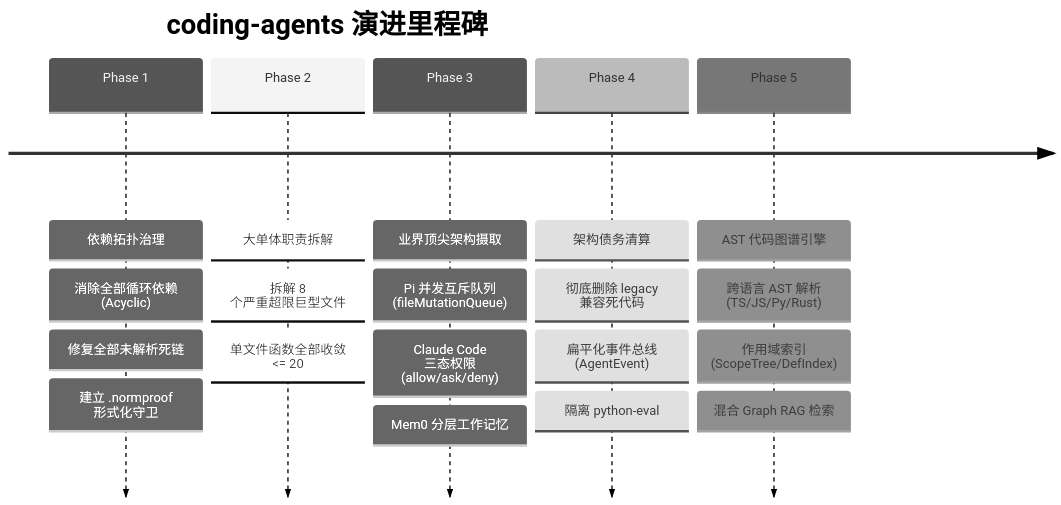
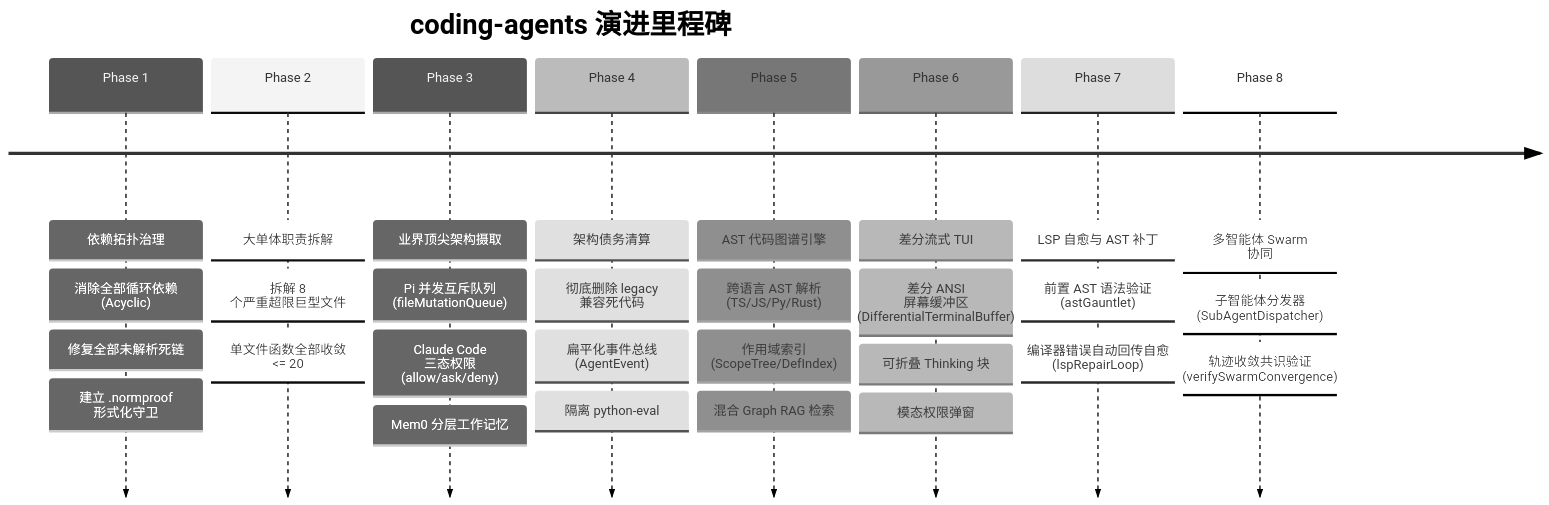
One commit to h-hei133/cheers changed the second of 2 diagrams in PROJECT_GUIDE.md. Above: the diagram before and after it, drawn with Mermaid (neutral theme). The commit also changed other lines of this file and 12 other files, not shown here.

Commit message:
feat(sota): deliver Phase 6 Differential TUI, Phase 7 LSP Self-Repair Loop, and Phase 8 Sub-Agent Swarm

````diff
--- a/PROJECT_GUIDE.md
+++ b/PROJECT_GUIDE.md
@@ -53,9 +53,12 @@
 ```mermaid
 timeline
   title coding-agents 演进里程碑
   Phase 1 : 依赖拓扑治理 : 消除全部循环依赖 (Acyclic) : 修复全部未解析死链 : 建立 .normproof 形式化守卫
   Phase 2 : 大单体职责拆解 : 拆解 8 个严重超限巨型文件 : 单文件函数全部收敛 <= 20
   Phase 3 : 业界顶尖架构摄取 : Pi 并发互斥队列 (fileMutationQueue) : Claude Code 三态权限 (allow/ask/deny) : Mem0 分层工作记忆
   Phase 4 : 架构债务清算 : 彻底删除 legacy 兼容死代码 : 扁平化事件总线 (AgentEvent) : 隔离 python-eval
   Phase 5 : AST 代码图谱引擎 : 跨语言 AST 解析 (TS/JS/Py/Rust) : 作用域索引 (ScopeTree/DefIndex) : 混合 Graph RAG 检索
+  Phase 6 : 差分流式 TUI : 差分 ANSI 屏幕缓冲区 (DifferentialTerminalBuffer) : 可折叠 Thinking 块 : 模态权限弹窗
+  Phase 7 : LSP 自愈与 AST 补丁 : 前置 AST 语法验证 (astGauntlet) : 编译器错误自动回传自愈 (lspRepairLoop)
+  Phase 8 : 多智能体 Swarm 协同 : 子智能体分发器 (SubAgentDispatcher) : 轨迹收敛共识验证 (verifySwarmConvergence)
 ```
````
